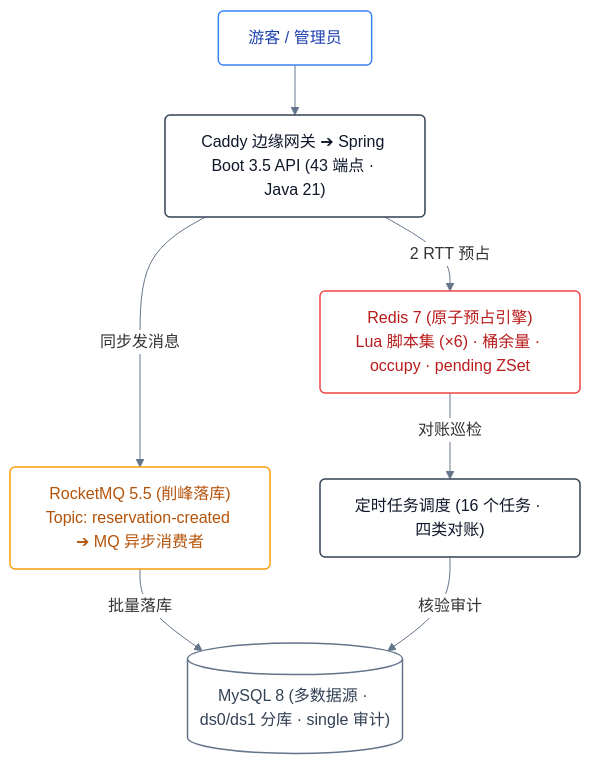
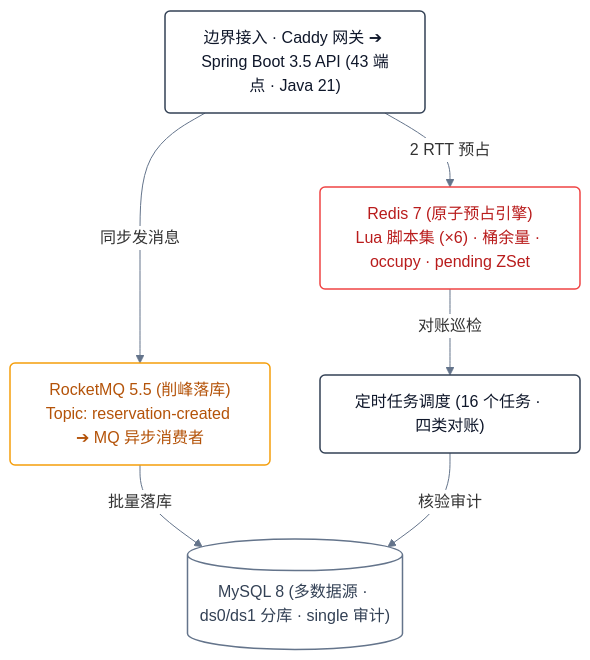
Before and after one commit to s1oopX/ReserveX: the first of 2 diagrams in README.md, drawn with Mermaid. The commit also changed other lines of this file, not shown here.

Commit message:
docs: further compact ReserveX diagrams to ultra-sleek 3-tier height

````diff
--- a/README.md
+++ b/README.md
@@ -69,32 +69,27 @@
 ```mermaid
 %%{init: {'theme': 'base', 'themeVariables': { 'edgeLabelBackground': '#ffffff', 'mainBkg': '#ffffff', 'lineColor': '#64748b' }}}%%
 flowchart TB
-    classDef client fill:#ffffff,stroke:#3b82f6,stroke-width:1.5px,color:#1e40af,rx:5px,ry:5px;
-    classDef edge fill:#ffffff,stroke:#2563eb,stroke-width:1.5px,color:#1d4ed8,rx:5px,ry:5px;
     classDef app fill:#ffffff,stroke:#334155,stroke-width:1.5px,color:#0f172a,rx:5px,ry:5px;
     classDef redis fill:#ffffff,stroke:#ef4444,stroke-width:1.5px,color:#b91c1c,rx:5px,ry:5px;
     classDef mq fill:#ffffff,stroke:#f59e0b,stroke-width:1.5px,color:#b45309,rx:5px,ry:5px;
     classDef db fill:#ffffff,stroke:#64748b,stroke-width:1.5px,color:#334155,rx:5px,ry:5px;
 
-    %% 统一边界入口
-    U["游客 / 管理员"]:::client
-    API["Caddy 边缘网关 ➔ Spring Boot 3.5 API (43 端点 · Java 21)"]:::app
+    %% 顶层接入 (单行整合)
+    API["边界接入 · Caddy 网关 ➔ Spring Boot 3.5 API (43 端点 · Java 21)"]:::app
 
-    %% 中间件双路分流 (单屏并列)
+    %% 中间件分流 (双柱并列)
     REDIS["Redis 7 (原子预占引擎)<br/>Lua 脚本集 (×6) · 桶余量 · occupy · pending ZSet"]:::redis
     MQ["RocketMQ 5.5 (削峰落库)<br/>Topic: reservation-created ➔ MQ 异步消费者"]:::mq
 
-    %% 持久化与对账闭环
+    %% 底层持久化与对账
     JOB["定时任务调度 (16 个任务 · 四类对账)"]:::app
     DB[("MySQL 8 (多数据源 · ds0/ds1 分库 · single 审计)")]:::db
 
-    %% 极简单屏流转
-    U --> API
-
+    %% 紧凑流转 (全图严格 3 层高度)
     API -->|"2 RTT 预占"| REDIS
     API -->|"同步发消息"| MQ
 
     REDIS -->|"对账巡检"| JOB
     MQ -->|"批量落库"| DB
     JOB -->|"核验审计"| DB
 ```
````
